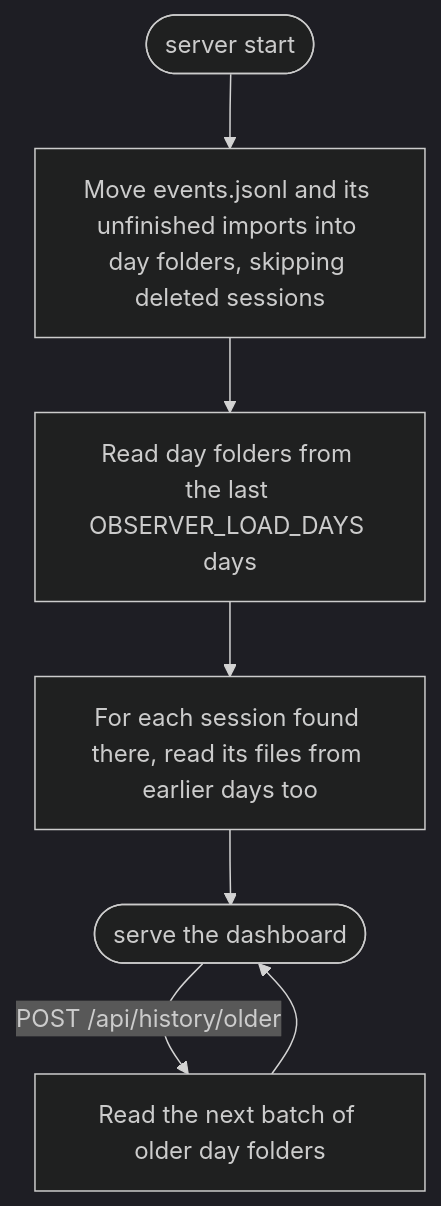
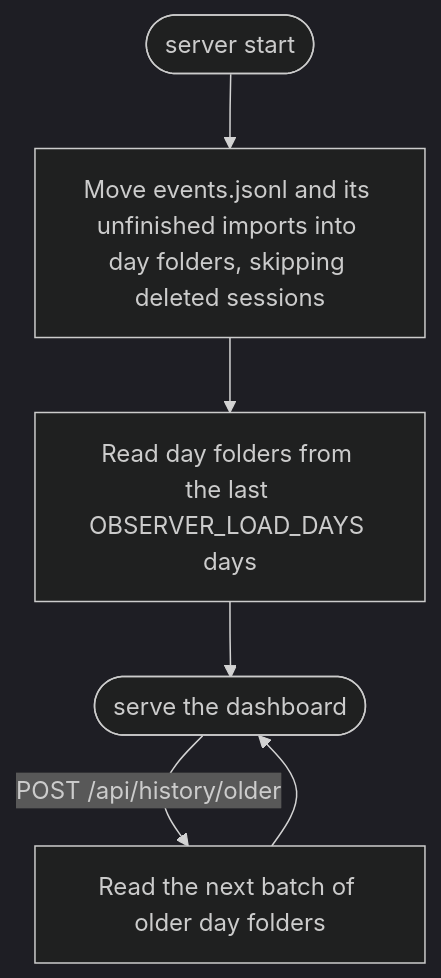
One commit to adrianstanek/session-observer changed the third of 3 diagrams in README.md. Above: the diagram before and after it, drawn with Mermaid (dark theme). The commit also changed other lines of this file and 4 other files, not shown here.

First line of the commit message:
feat: keep each session in one file, in its last active day

```diff
--- a/README.md
+++ b/README.md
@@ -80,9 +81,8 @@
 ~~~mermaid
 flowchart TD
   Start([server start]) --> Import[Move events.jsonl and its unfinished imports into day folders, skipping deleted sessions]
   Import --> Window[Read day folders from the last OBSERVER_LOAD_DAYS days]
-  Window --> Pull[For each session found there, read its files from earlier days too]
-  Pull --> Ready([serve the dashboard])
+  Window --> Ready([serve the dashboard])
   Ready -->|POST /api/history/older| Older[Read the next batch of older day folders]
   Older --> Ready
 ~~~
```
